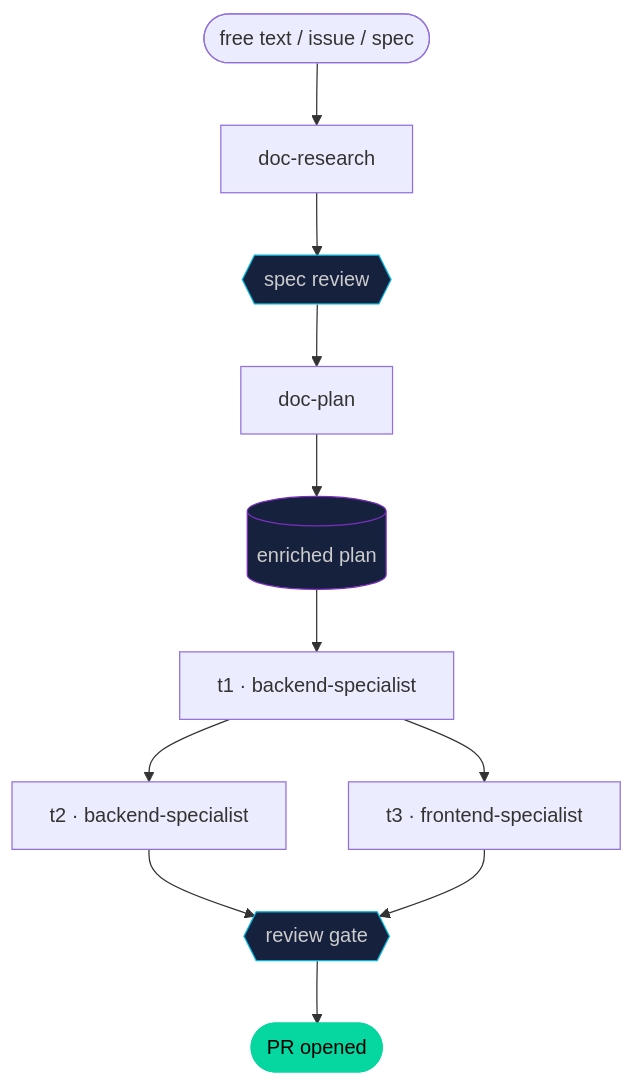
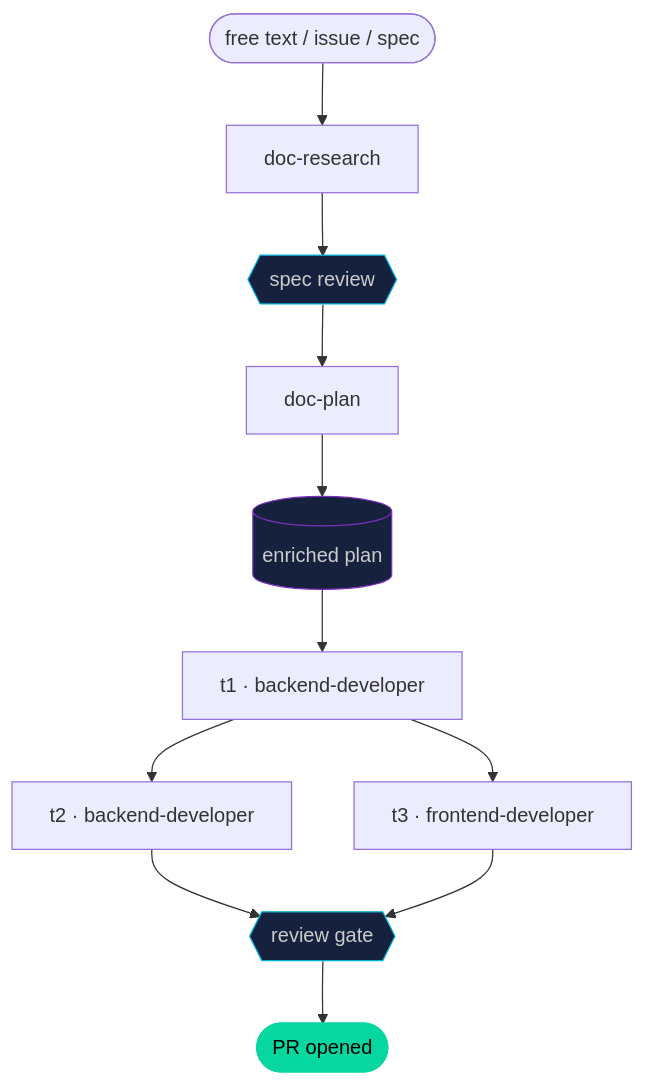
One commit to leocosta/octopus changed the diagram in README.md. Above: the diagram before and after it, drawn with Mermaid. The commit also changed other lines of this file and 2 other files, not shown here.

````diff
--- a/README.md
+++ b/README.md
@@ -251,19 +251,19 @@
 ```mermaid
 flowchart TD
     A([free text / issue / spec]) --> B[doc-research]
     B --> C{{spec review}}
     C --> D[doc-plan]
     D --> E[(enriched plan)]
 
-    E --> F[t1 · backend-specialist]
-    F --> G[t2 · backend-specialist]
-    F --> H[t3 · frontend-specialist]
+    E --> F[t1 · backend-developer]
+    F --> G[t2 · backend-developer]
+    F --> H[t3 · frontend-developer]
     G --> I{{review gate}}
     H --> I
     I --> J([PR opened])
 
     style E fill:#16213e,color:#ccc,stroke:#7B2FBE
     style C fill:#16213e,color:#ccc,stroke:#00B4D8
     style I fill:#16213e,color:#ccc,stroke:#00B4D8
     style J fill:#06d6a0,color:#000,stroke:#06d6a0
 ```
````
